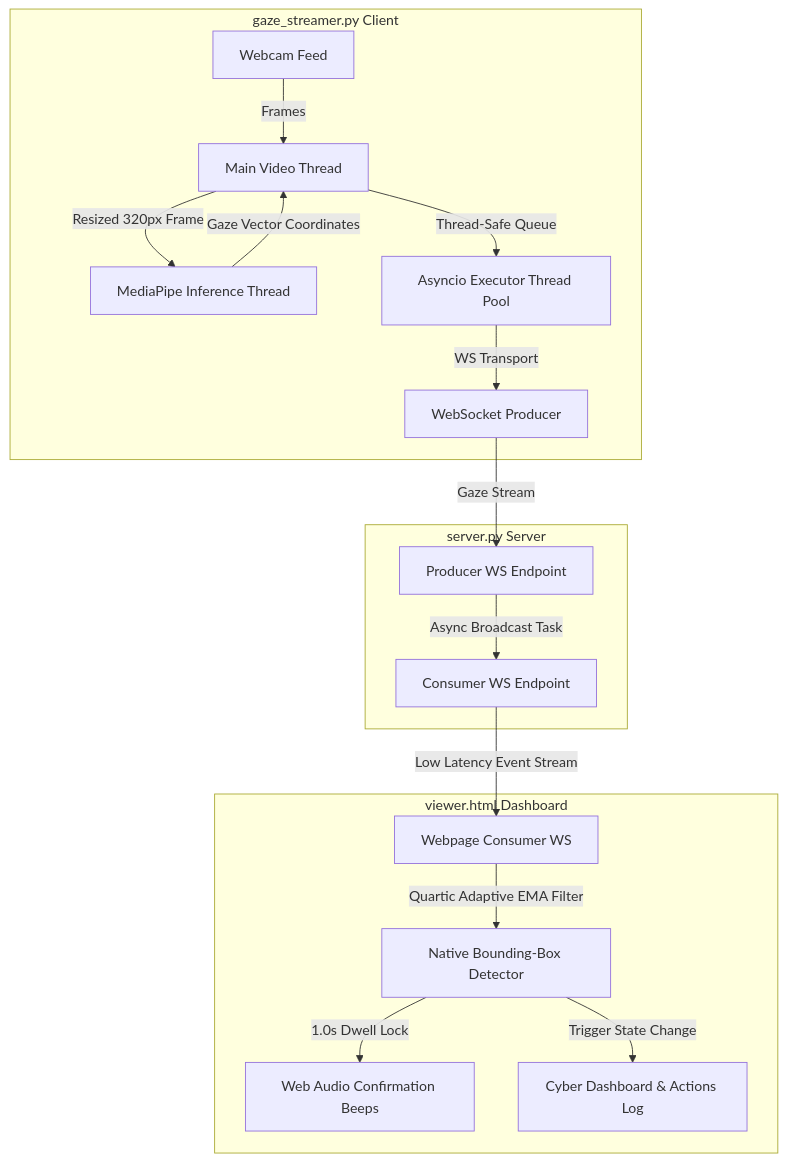
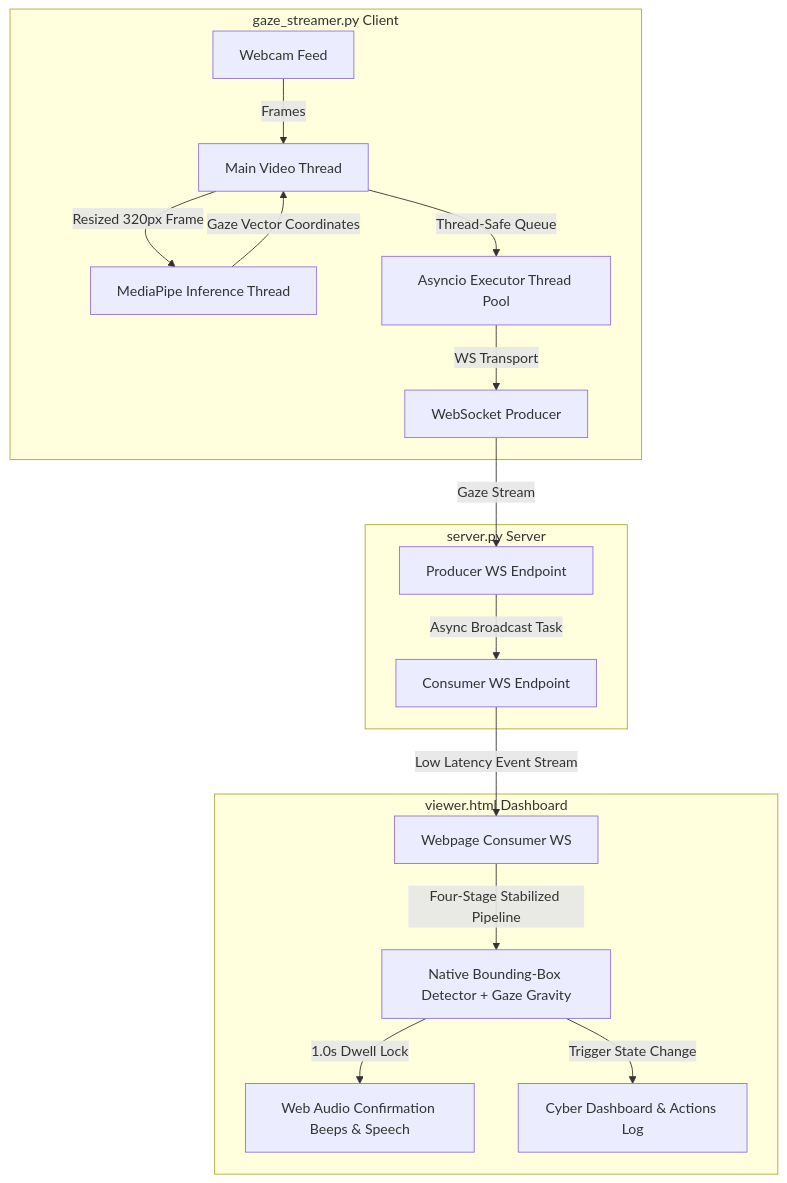
Before and after one commit to sam399/Drishti_Core: the diagram in readme.md, drawn with Mermaid. The commit also changed other lines of this file and 2 other files, not shown here.

Commit message:
feat: implement four-stage ultra-stabilized gaze precision pipeline, gaze gravity target snapping, local Bengali predictive NLP engine, and TTS support

````diff
--- a/readme.md
+++ b/readme.md
@@ -58,22 +59,22 @@
 ```mermaid
 flowchart TD
     subgraph Streamer Client [gaze_streamer.py Client]
         A[Webcam Feed] -->|Frames| B[Main Video Thread]
         B -->|Resized 320px Frame| C[MediaPipe Inference Thread]
         C -->|Gaze Vector Coordinates| B
         B -->|Thread-Safe Queue| D[Asyncio Executor Thread Pool]
         D -->|WS Transport| E[WebSocket Producer]
     end
 
     subgraph FastAPI Backend [server.py Server]
         E -->|Gaze Stream| F[Producer WS Endpoint]
         F -->|Async Broadcast Task| G[Consumer WS Endpoint]
     end
 
     subgraph Browser Client [viewer.html Dashboard]
         G -->|Low Latency Event Stream| H[Webpage Consumer WS]
-        H -->|Quartic Adaptive EMA Filter| I[Native Bounding-Box Detector]
-        I -->|1.0s Dwell Lock| J[Web Audio Confirmation Beeps]
+        H -->|Four-Stage Stabilized Pipeline| I[Native Bounding-Box Detector + Gaze Gravity]
+        I -->|1.0s Dwell Lock| J[Web Audio Confirmation Beeps & Speech]
         I -->|Trigger State Change| K[Cyber Dashboard & Actions Log]
     end
 ```
````
